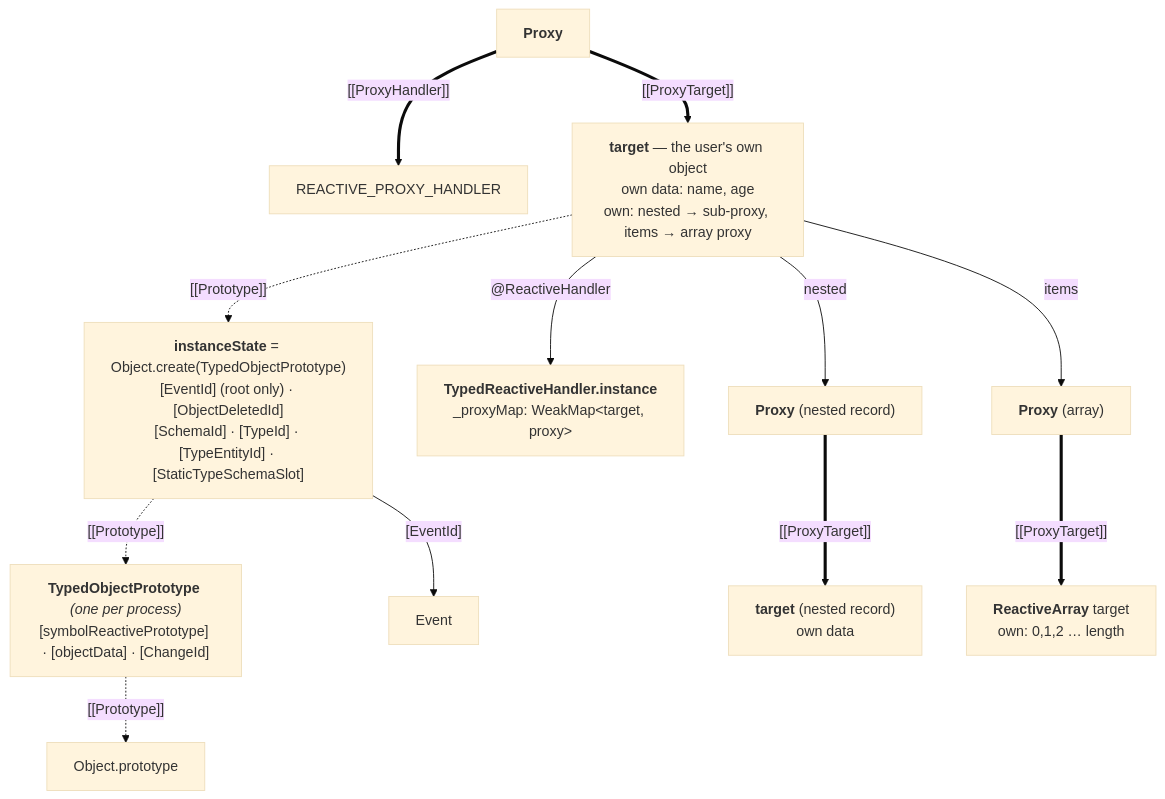
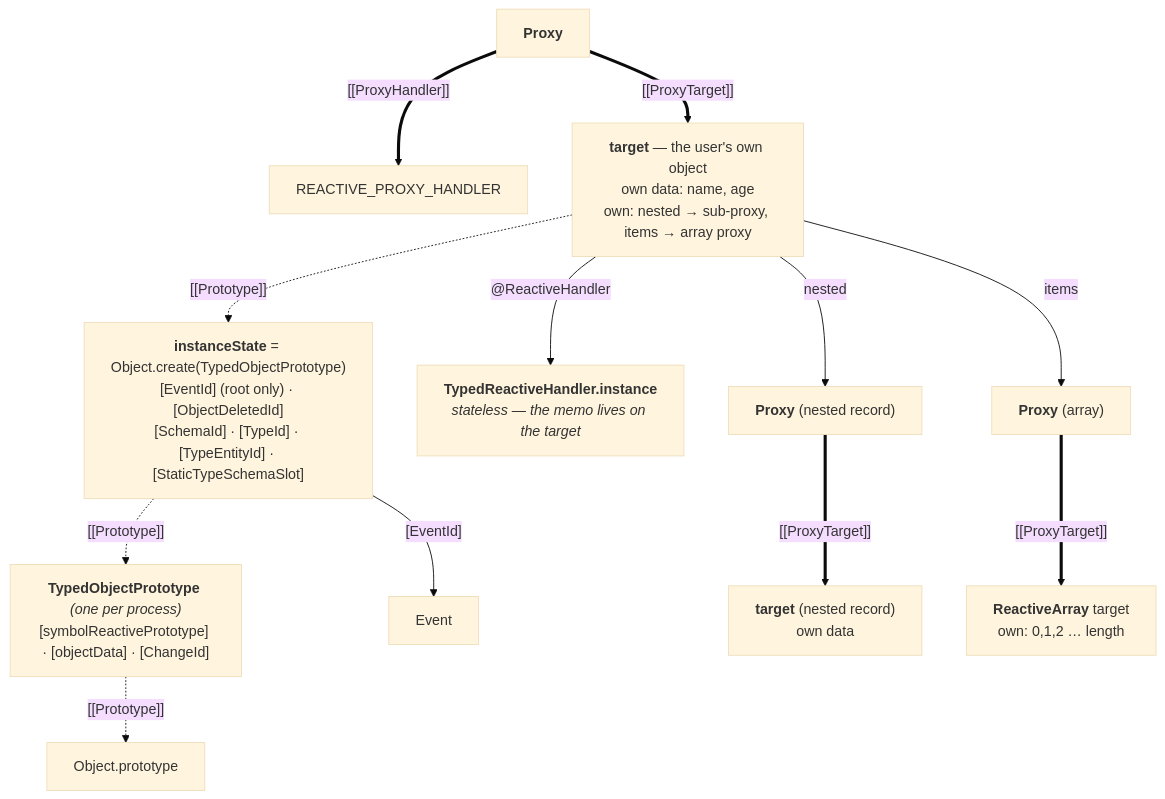
One commit to dxos/dxos changed the second of 5 diagrams in .agents/projects/echo-plain-objects/OBJECT-LAYOUT.md. Above: the diagram before and after it, drawn with Mermaid (base theme). The commit also changed other lines of this file and 15 other files, not shown here.

````diff
--- a/.agents/projects/echo-plain-objects/OBJECT-LAYOUT.md
+++ b/.agents/projects/echo-plain-objects/OBJECT-LAYOUT.md
@@ -52,27 +73,27 @@
 ```mermaid
 graph TD
   P["<b>Proxy</b>"]
   H["REACTIVE_PROXY_HANDLER"]
   T["<b>target</b> — the user's own object<br/>own data: name, age<br/>own: nested → sub-proxy, items → array proxy"]
   IS["<b>instanceState</b> = Object.create(TypedObjectPrototype)<br/>[EventId] (root only) · [ObjectDeletedId]<br/>[SchemaId] · [TypeId] · [TypeEntityId] · [StaticTypeSchemaSlot]"]
   TP["<b>TypedObjectPrototype</b> <i>(one per process)</i><br/>[symbolReactivePrototype] · [objectData] · [ChangeId]"]
   OP["Object.prototype"]
-  HANDLER["<b>TypedReactiveHandler.instance</b><br/>_proxyMap: WeakMap&lt;target, proxy&gt;"]
+  HANDLER["<b>TypedReactiveHandler.instance</b><br/><i>stateless — the memo lives on the target</i>"]
   EV["Event"]
   NP["<b>Proxy</b> (nested record)"]
   NT["<b>target</b> (nested record)<br/>own data"]
   AP["<b>Proxy</b> (array)"]
   AT["<b>ReactiveArray</b> target<br/>own: 0,1,2 … length"]
 
   P ==>|"[[ProxyTarget]]"| T
   P ==>|"[[ProxyHandler]]"| H
   T -.->|"[[Prototype]]"| IS
   IS -.->|"[[Prototype]]"| TP
   TP -.->|"[[Prototype]]"| OP
   T -->|"@ReactiveHandler"| HANDLER
   IS -->|"[EventId]"| EV
   T -->|"nested"| NP
   NP ==>|"[[ProxyTarget]]"| NT
   T -->|"items"| AP
   AP ==>|"[[ProxyTarget]]"| AT
 ```
````
